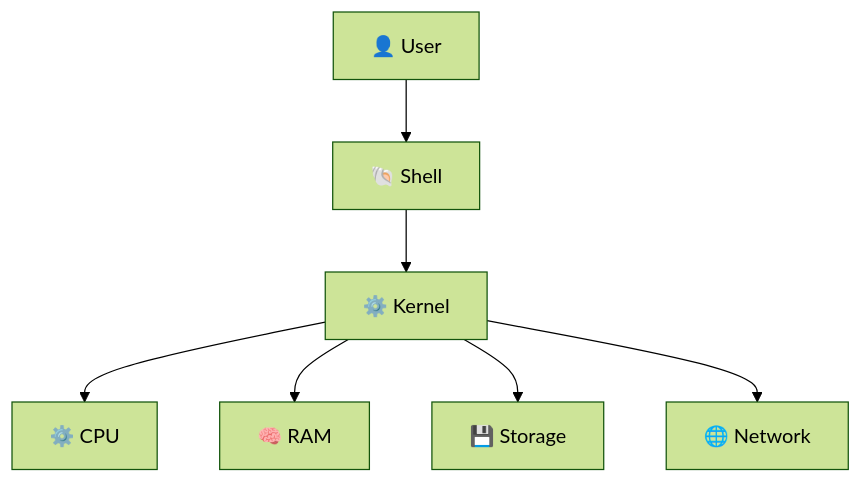
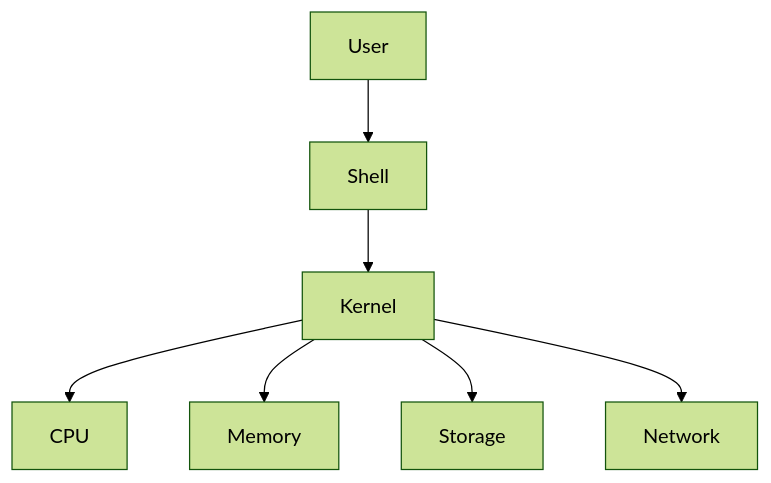
The tenth of 31 diagrams in DevOps-Labs-and-Projects/ Day-01 to Day-06/README.md (Yuvii2102/My-Devops-Cloud-Journey), drawn with Mermaid (forest theme) before and after one commit. The commit also changed other lines of this file, not shown here.

````diff
--- a/DevOps-Labs-and-Projects/ Day-01 to Day-06/README.md
+++ b/DevOps-Labs-and-Projects/ Day-01 to Day-06/README.md
@@ -395,19 +304,9 @@
 ```mermaid
 flowchart TD
-    USER["👤 User"]
-    SHELL["🐚 Shell"]
-    KERNEL["⚙️ Kernel"]
-
-    CPU["⚙️ CPU"]
-    RAM["🧠 RAM"]
-    DISK["💾 Storage"]
-    NET["🌐 Network"]
-
-    USER --> SHELL
-    SHELL --> KERNEL
-
-    KERNEL --> CPU
-    KERNEL --> RAM
-    KERNEL --> DISK
-    KERNEL --> NET
+    USER["User"] --> SHELL["Shell"]
+    SHELL --> KERNEL["Kernel"]
+    KERNEL --> CPU["CPU"]
+    KERNEL --> RAM["Memory"]
+    KERNEL --> DISK["Storage"]
+    KERNEL --> NET["Network"]
 ```
````
